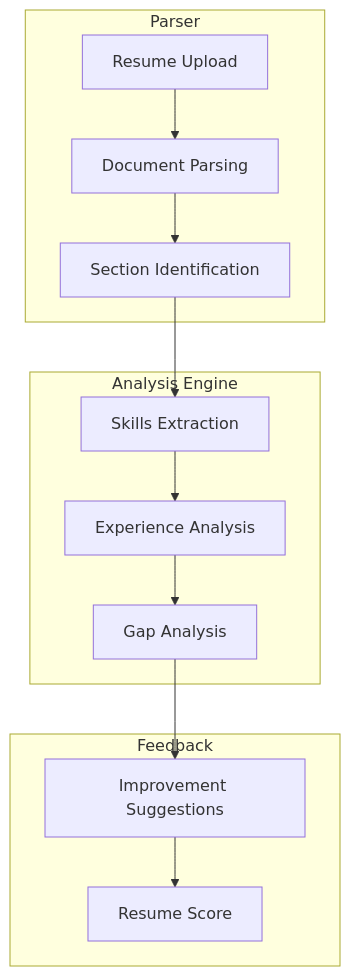
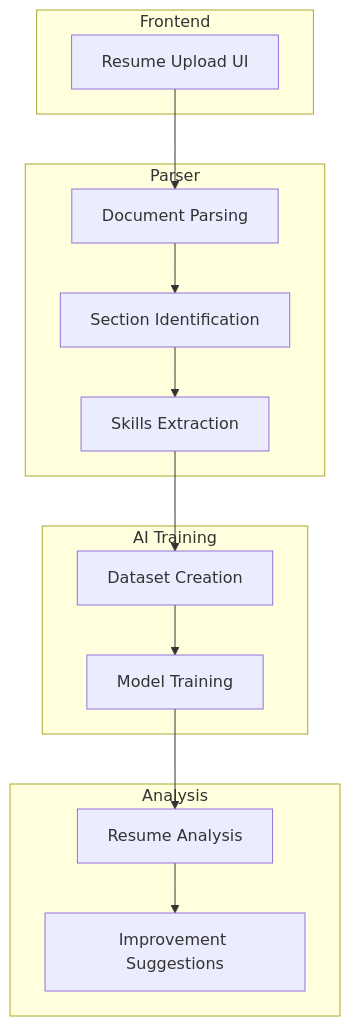
One commit to MaheshSharan/AI-Powered-Interview-Preparation-System-AIPS- changed the third of 6 diagrams in AIPS_Todo_List.md. Above: the diagram before and after it, drawn with Mermaid. The commit also changed other lines of this file and 10 other files, not shown here.

````diff
--- a/AIPS_Todo_List.md
+++ b/AIPS_Todo_List.md
@@ -97,27 +130,30 @@
 ```mermaid
 graph TD
-    A[Resume Upload] --> B[Document Parsing]
+    A[Resume Upload UI] --> B[Document Parsing]
     B --> C[Section Identification]
     C --> D[Skills Extraction]
-    D --> E[Experience Analysis]
-    E --> F[Gap Analysis]
-    F --> G[Improvement Suggestions]
-    G --> H[Resume Score]
+    D --> E[Dataset Creation]
+    E --> F[Model Training]
+    F --> G[Resume Analysis]
+    G --> H[Improvement Suggestions]
+    
+    subgraph Frontend
+    A
+    end
     
     subgraph Parser
-    A
     B
     C
+    D
     end
     
-    subgraph Analysis Engine
-    D
+    subgraph AI Training
     E
     F
     end
     
-    subgraph Feedback
+    subgraph Analysis
     G
     H
     end
 ```
````
